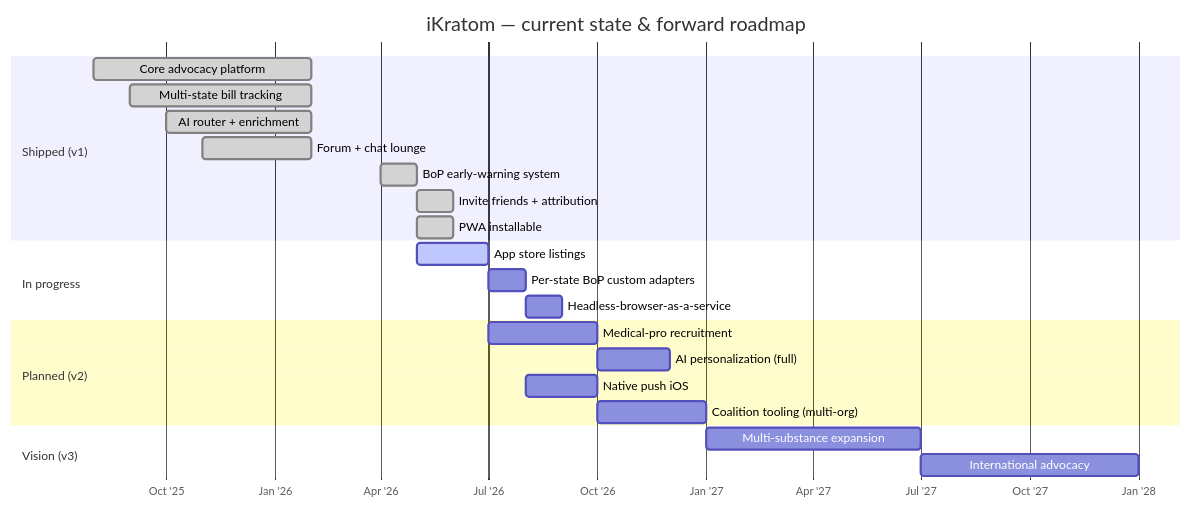
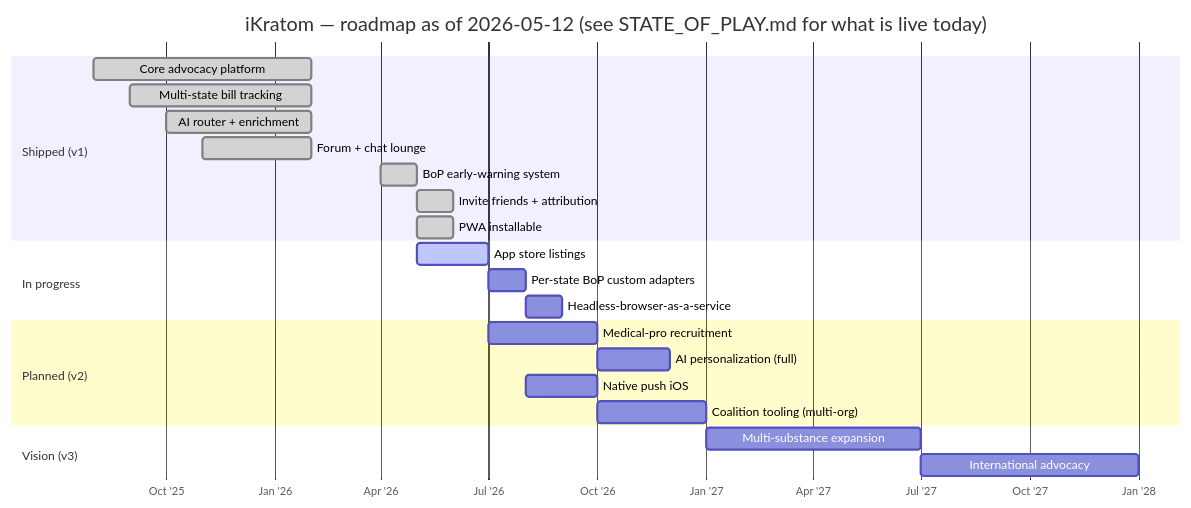
One commit to ohjustadam/ikratom changed the tenth of 10 diagrams in ARCHITECTURE_PUBLIC.md. Above: the diagram before and after it, drawn with Mermaid. The commit also changed other lines of this file and 20 other files, not shown here.

````diff
--- a/ARCHITECTURE_PUBLIC.md
+++ b/ARCHITECTURE_PUBLIC.md
@@ -348,30 +348,30 @@
 ```mermaid
 gantt
-    title iKratom — current state & forward roadmap
+    title iKratom — roadmap as of 2026-05-12 (see STATE_OF_PLAY.md for what is live today)
     dateFormat YYYY-MM
     axisFormat %b '%y
 
     section Shipped (v1)
     Core advocacy platform        :done, p1, 2025-08, 6M
     Multi-state bill tracking     :done, p2, 2025-09, 5M
     AI router + enrichment        :done, p3, 2025-10, 4M
     Forum + chat lounge           :done, p4, 2025-11, 3M
     BoP early-warning system      :done, p5, 2026-04, 1M
     Invite friends + attribution  :done, p6, 2026-05, 1M
     PWA installable               :done, p7, 2026-05, 1M
 
     section In progress
     App store listings            :active, q1, 2026-05, 2M
     Per-state BoP custom adapters :q2, after q1, 1M
     Headless-browser-as-a-service :q3, after q2, 1M
 
     section Planned (v2)
     Medical-pro recruitment       :v1, 2026-07, 3M
     AI personalization (full)     :v2, after v1, 2M
     Native push iOS               :v3, 2026-08, 2M
     Coalition tooling (multi-org) :v4, 2026-10, 3M
 
     section Vision (v3)
     Multi-substance expansion     :w1, 2027-01, 6M
     International advocacy        :w2, after w1, 6M
 ```
````
